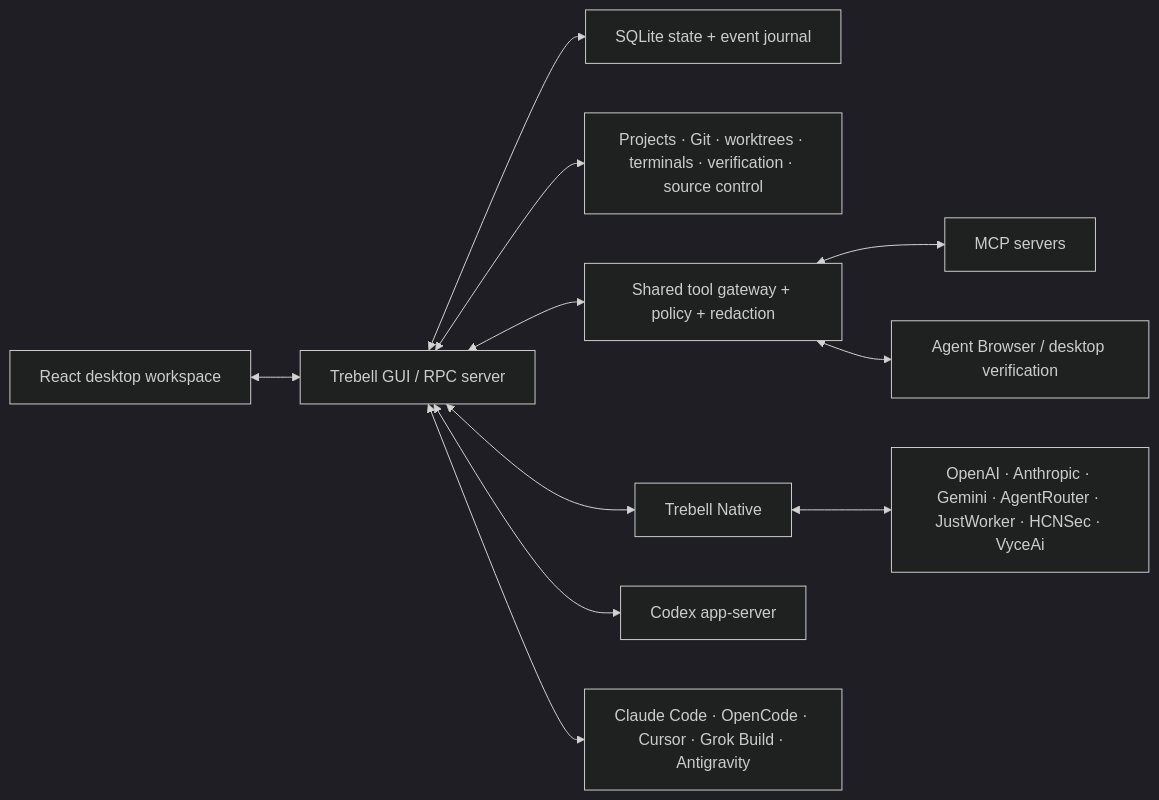
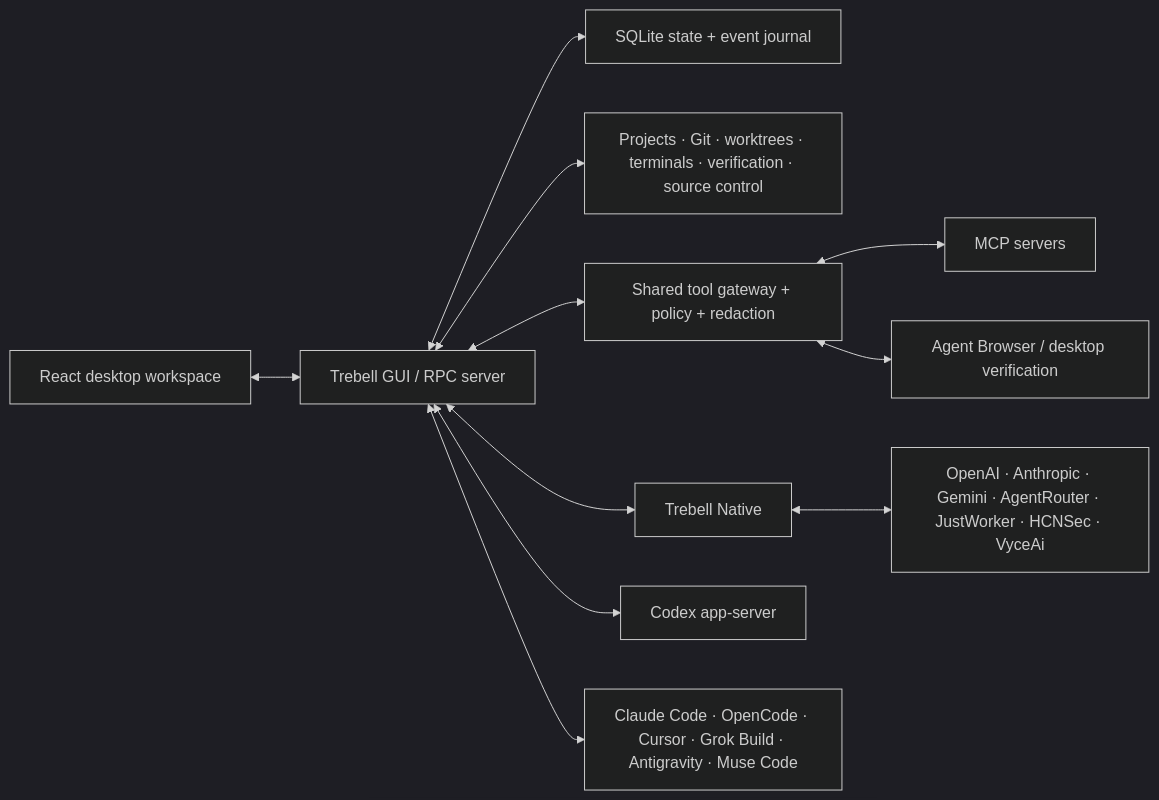
Before and after one commit to tanishqbaweja/trebellcode: the diagram in docs/technical/TECHNICAL_OVERVIEW.md, drawn with Mermaid (dark theme). The commit also changed other lines of this file and 28 other files, not shown here.

```diff
--- a/docs/technical/TECHNICAL_OVERVIEW.md
+++ b/docs/technical/TECHNICAL_OVERVIEW.md
@@ -50,25 +50,25 @@
 ~~~mermaid
 flowchart LR
     UI["React desktop workspace"]
     GUI["Trebell GUI / RPC server"]
     STATE["SQLite state + event journal"]
     SERVICES["Projects · Git · worktrees · terminals · verification · source control"]
     TOOLS["Shared tool gateway + policy + redaction"]
     NATIVE["Trebell Native"]
     CODEX["Codex app-server"]
-    EXTERNAL["Claude Code · OpenCode · Cursor · Grok Build · Antigravity"]
+    EXTERNAL["Claude Code · OpenCode · Cursor · Grok Build · Antigravity · Muse Code"]
     PROVIDERS["OpenAI · Anthropic · Gemini · AgentRouter · JustWorker · HCNSec · VyceAi"]
     MCP["MCP servers"]
     BROWSER["Agent Browser / desktop verification"]
 
     UI <--> GUI
     GUI <--> STATE
     GUI <--> SERVICES
     GUI <--> TOOLS
     GUI <--> NATIVE
     GUI <--> CODEX
     GUI <--> EXTERNAL
     NATIVE <--> PROVIDERS
     TOOLS <--> MCP
     TOOLS <--> BROWSER
 ~~~
```
